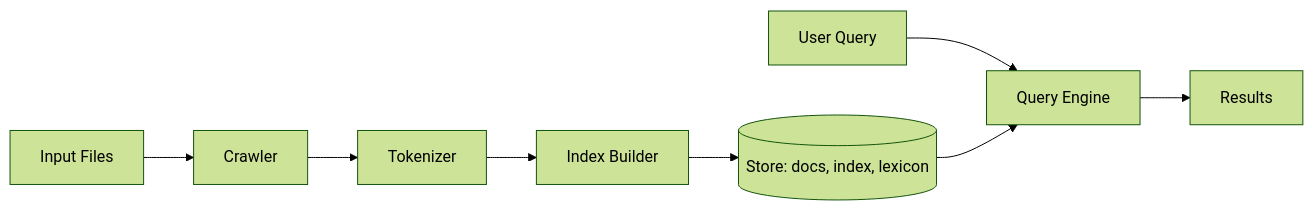
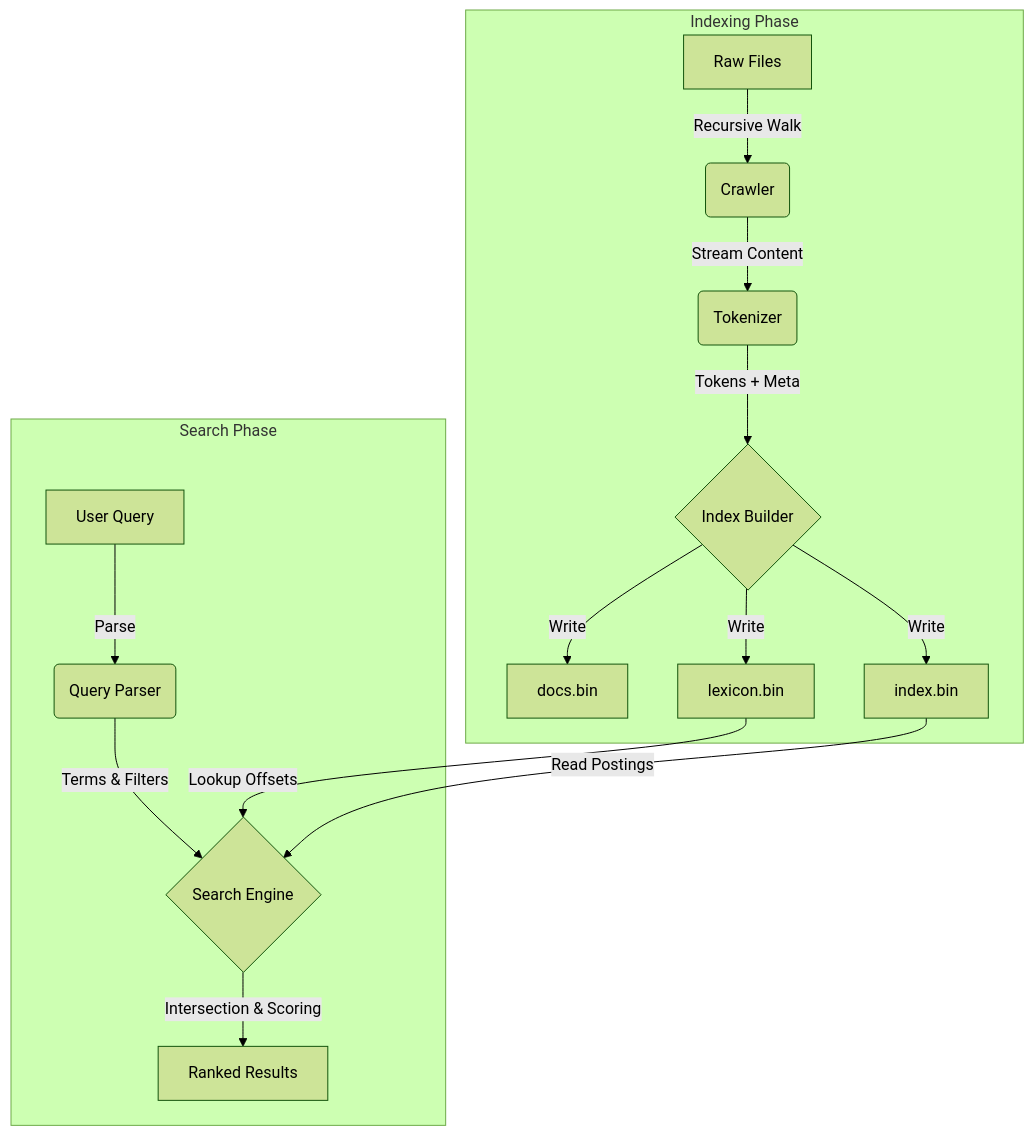
The diagram in README.md (syedafeezu/DevScope), drawn with Mermaid (forest theme) before and after one commit. The commit also changed other lines of this file and 1 other file, not shown here.

````diff
--- a/README.md
+++ b/README.md
@@ -13,10 +20,19 @@
 ```mermaid
-graph LR
-    A[Input Files] --> B[Crawler]
-    B --> C[Tokenizer]
-    C --> D[Index Builder]
-    D --> E[(Store: docs, index, lexicon)]
-    F[User Query] --> G[Query Engine]
-    E --> G
-    G --> H[Results]
+graph TD
+    subgraph Indexing Phase
+        A[Raw Files] -->|Recursive Walk| B(Crawler)
+        B -->|Stream Content| C(Tokenizer)
+        C -->|Tokens + Meta| D{Index Builder}
+        D -->|Write| E[docs.bin]
+        D -->|Write| F[lexicon.bin]
+        D -->|Write| G[index.bin]
+    end
+
+    subgraph Search Phase
+        H[User Query] -->|Parse| I(Query Parser)
+        I -->|Terms & Filters| J{Search Engine}
+        F -->|Lookup Offsets| J
+        G -->|Read Postings| J
+        J -->|Intersection & Scoring| K[Ranked Results]
+    end
 ```
````
